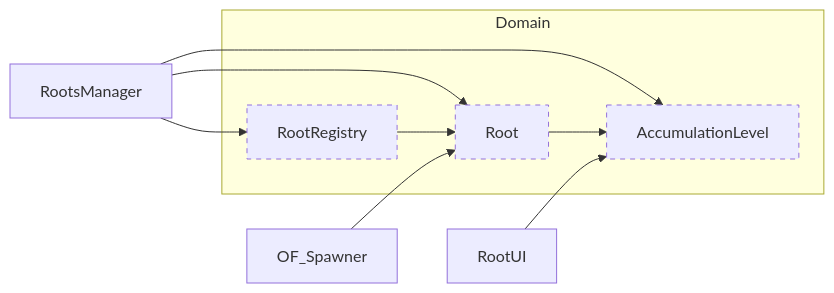
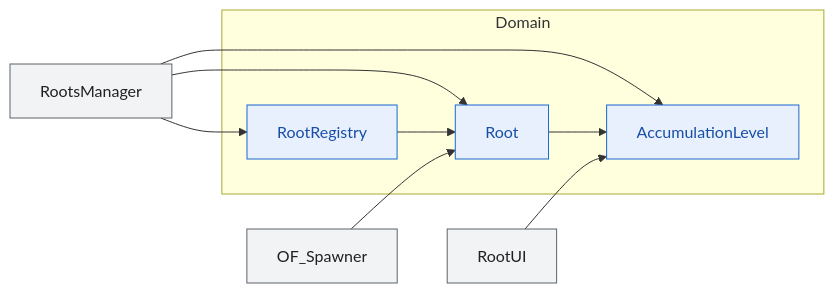
Before and after one commit to hukahirame/memorial-frontland: the diagram in docs/dependencies-diagrams/roots.md, drawn with Mermaid. The commit also changed other lines of this file and 14 other files, not shown here.

First line of the commit message:
feat: 構造の差分をクラス図で見る仕組みと、その手順を skill に切り出す

````diff
--- a/docs/dependencies-diagrams/roots.md
+++ b/docs/dependencies-diagrams/roots.md
@@ -10,20 +10,23 @@
 ```mermaid
 graph LR
   subgraph Domain
     RootRegistry
     Root
     AccumulationLevel
   end
   RootsManager
   RootUI
   OF_Spawner
   RootsManager --> RootRegistry
   RootsManager --> Root
   RootsManager --> AccumulationLevel
   RootUI --> AccumulationLevel
   OF_Spawner --> Root
   RootRegistry --> Root
   Root --> AccumulationLevel
-  classDef domain stroke-dasharray:5;
+  classDef domain fill:#e8f0fe,stroke:#1967d2,color:#174ea6;
+  classDef game   fill:#fef7e0,stroke:#b06000,color:#8a5300;
+  classDef legacy fill:#f1f3f4,stroke:#5f6368,color:#202124;
   class RootRegistry,Root,AccumulationLevel domain;
+  class RootsManager,RootUI,OF_Spawner legacy;
 ```
````
